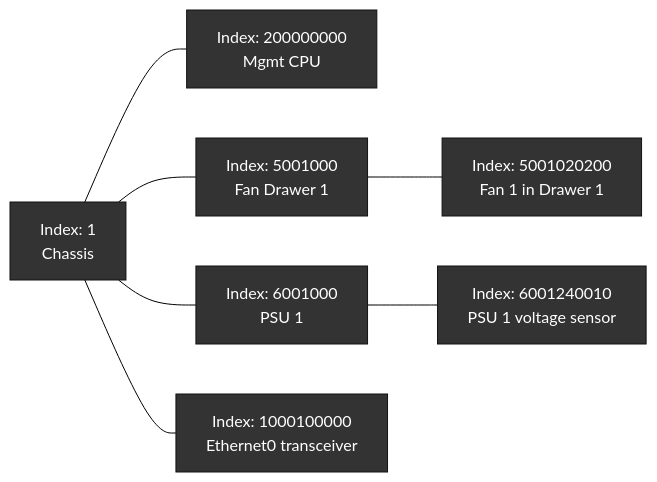
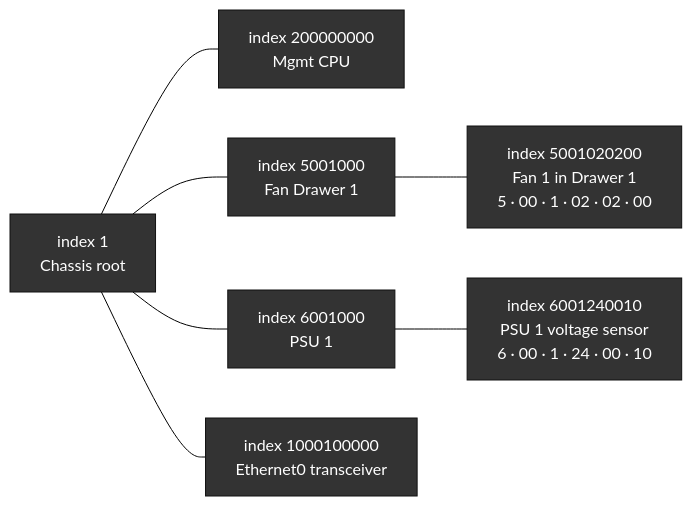
One commit to thongal-upscale/sonic-snmpagent changed diagram 12 of 17 in docs/nms_compliance_gaps.md. Above: the diagram before and after it, drawn with Mermaid (forest theme). The commit also changed other lines of this file, not shown here.

````diff
--- a/docs/nms_compliance_gaps.md
+++ b/docs/nms_compliance_gaps.md
@@ -382,17 +748,17 @@
 ```mermaid
 graph LR
     classDef idx fill:#333,color:#fff,stroke:#111
 
-    I1["Index: 1\nChassis"]:::idx
-    I2["Index: 200000000\nMgmt CPU"]:::idx
-    I3["Index: 5001000\nFan Drawer 1"]:::idx
-    I4["Index: 5001020200\nFan 1 in Drawer 1"]:::idx
-    I5["Index: 6001000\nPSU 1"]:::idx
-    I6["Index: 6001240010\nPSU 1 voltage sensor"]:::idx
-    I7["Index: 1000100000\nEthernet0 transceiver"]:::idx
+    I1["index  1\nChassis root"]:::idx
+    I2["index  200000000\nMgmt CPU"]:::idx
+    I3["index  5001000\nFan Drawer 1"]:::idx
+    I4["index  5001020200\nFan 1 in Drawer 1\n5 · 00 · 1 · 02 · 02 · 00"]:::idx
+    I5["index  6001000\nPSU 1"]:::idx
+    I6["index  6001240010\nPSU 1 voltage sensor\n6 · 00 · 1 · 24 · 00 · 10"]:::idx
+    I7["index  1000100000\nEthernet0 transceiver"]:::idx
 
     I1 --- I2
     I1 --- I3 --- I4
     I1 --- I5 --- I6
     I1 --- I7
 ```
````
